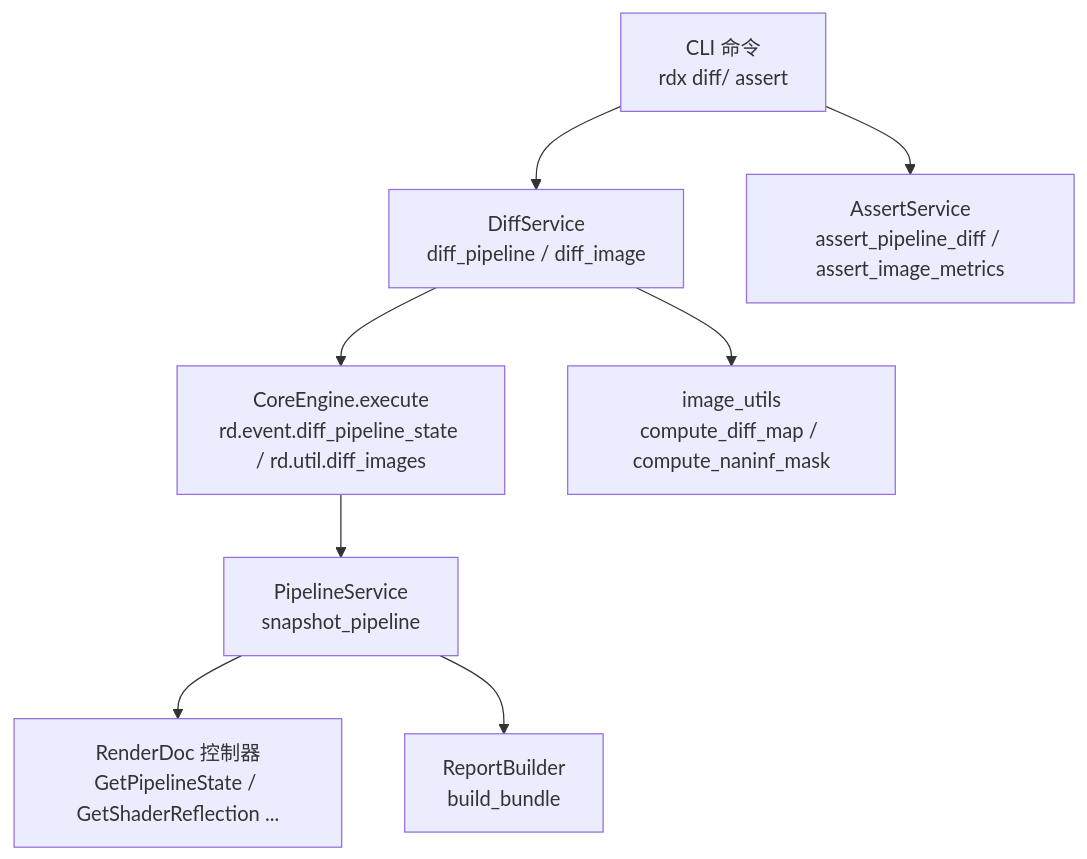
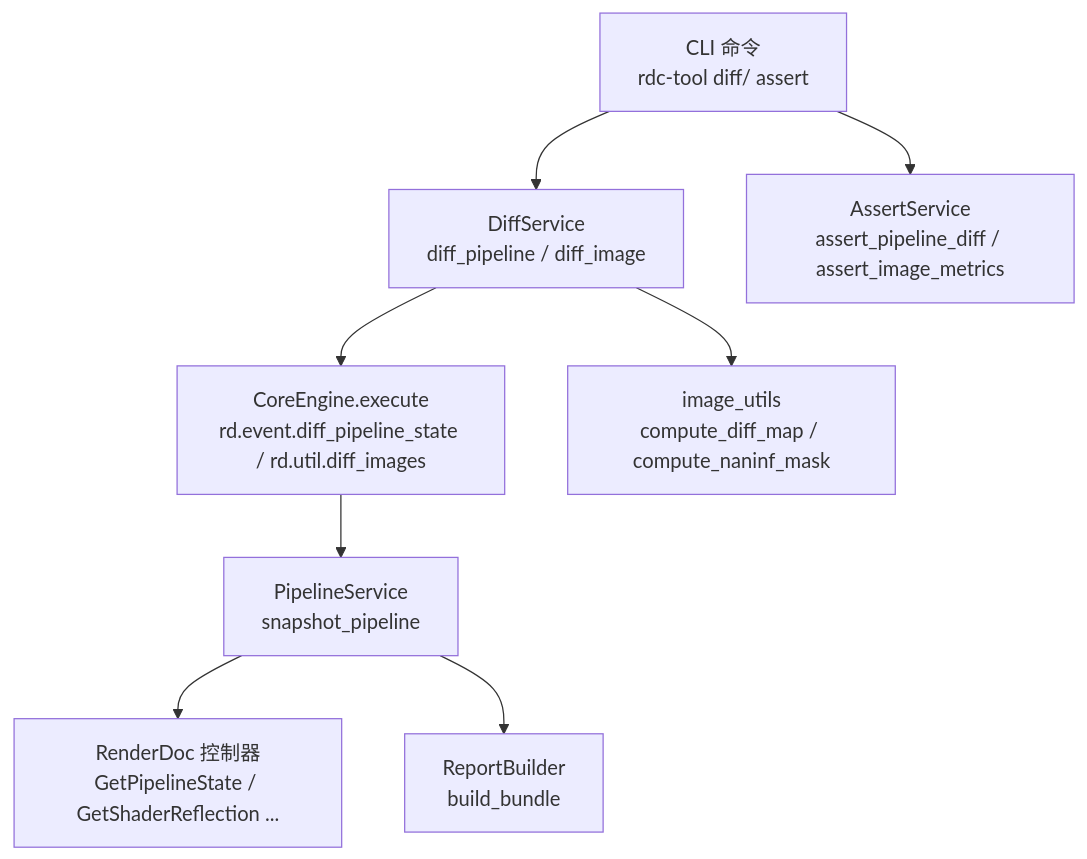
One commit to haolange/RDC-Tool changed the first of 5 diagrams in .qoder/repowiki/zh/content/核心服务/差异比较服务.md. Above: the diagram before and after it, drawn with Mermaid. The commit also changed other lines of this file and 388 other files, not shown here.

First line of the commit message:
Release RDC-Tool identity and public maintenance surface

````diff
--- a/.qoder/repowiki/zh/content/核心服务/差异比较服务.md
+++ b/.qoder/repowiki/zh/content/核心服务/差异比较服务.md
@@ -48,10 +48,10 @@
 ```mermaid
 graph TB
-A["CLI 命令<br/>rdx diff/ assert"] --> B["DiffService<br/>diff_pipeline / diff_image"]
+A["CLI 命令<br/>rdc-tool diff/ assert"] --> B["DiffService<br/>diff_pipeline / diff_image"]
 B --> C["CoreEngine.execute<br/>rd.event.diff_pipeline_state / rd.util.diff_images"]
 C --> D["PipelineService<br/>snapshot_pipeline"]
 D --> E["RenderDoc 控制器<br/>GetPipelineState / GetShaderReflection ..."]
 B --> F["image_utils<br/>compute_diff_map / compute_naninf_mask"]
 D --> G["ReportBuilder<br/>build_bundle"]
 A --> H["AssertService<br/>assert_pipeline_diff / assert_image_metrics"]
 ```
````
